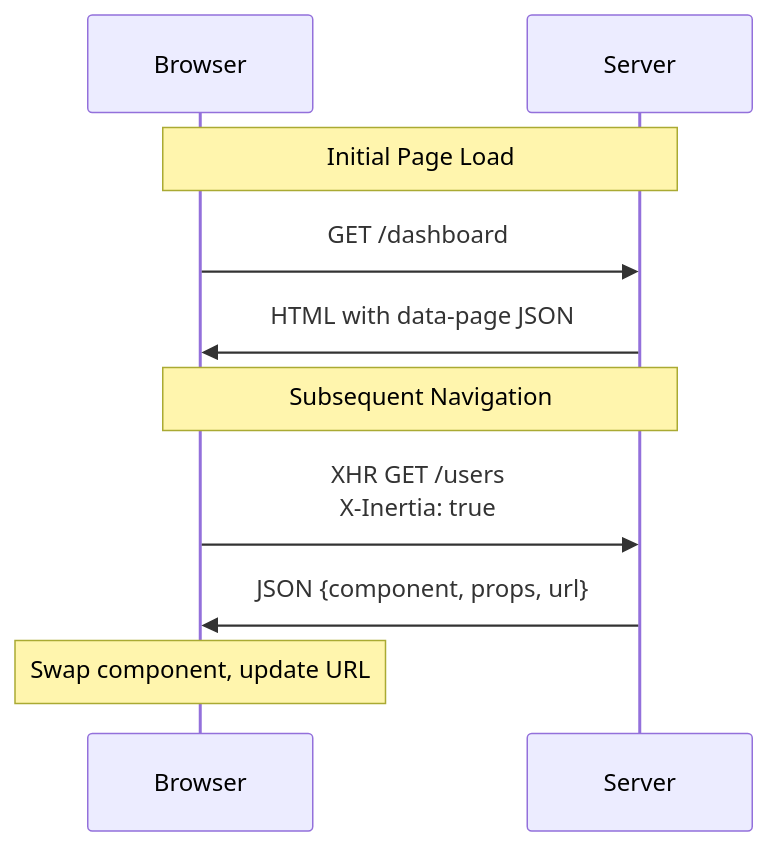
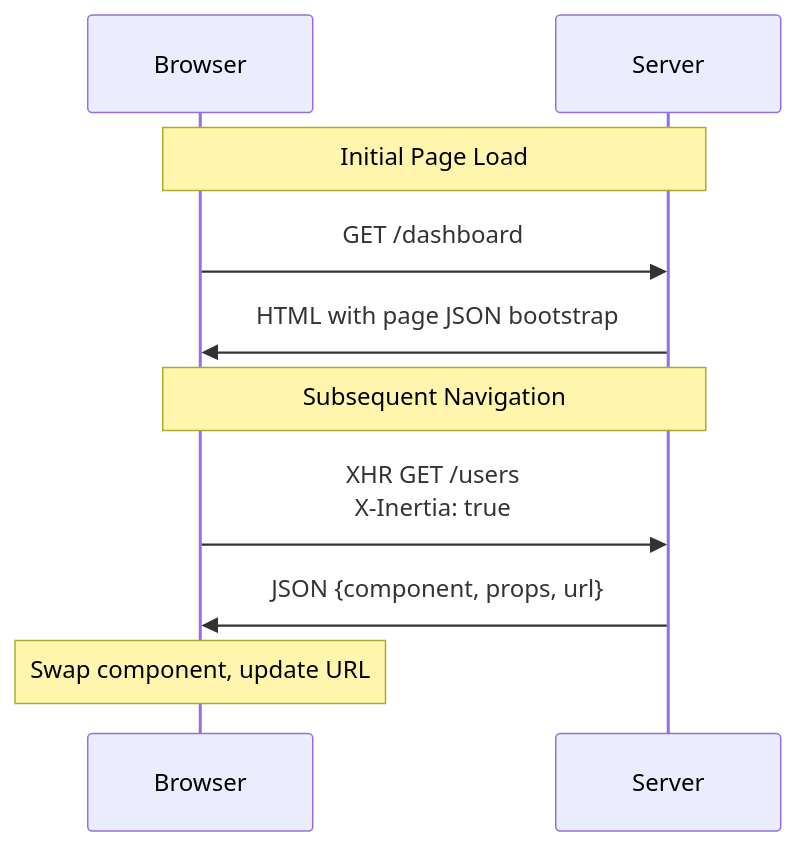
The diagram in docs/inertia/how-it-works.rst (litestar-org/litestar-vite), drawn with Mermaid before and after one commit. The commit also changed other lines of this file and 164 other files, not shown here.

```diff
--- a/docs/inertia/how-it-works.rst
+++ b/docs/inertia/how-it-works.rst
@@ -20,14 +20,14 @@
 .. mermaid::
 
    sequenceDiagram
        participant Browser
        participant Server
 
        Note over Browser,Server: Initial Page Load
        Browser->>Server: GET /dashboard
-       Server->>Browser: HTML with data-page JSON
+       Server->>Browser: HTML with page JSON bootstrap
 
        Note over Browser,Server: Subsequent Navigation
        Browser->>Server: XHR GET /users<br>X-Inertia: true
        Server->>Browser: JSON {component, props, url}
        Note over Browser: Swap component, update URL
```
